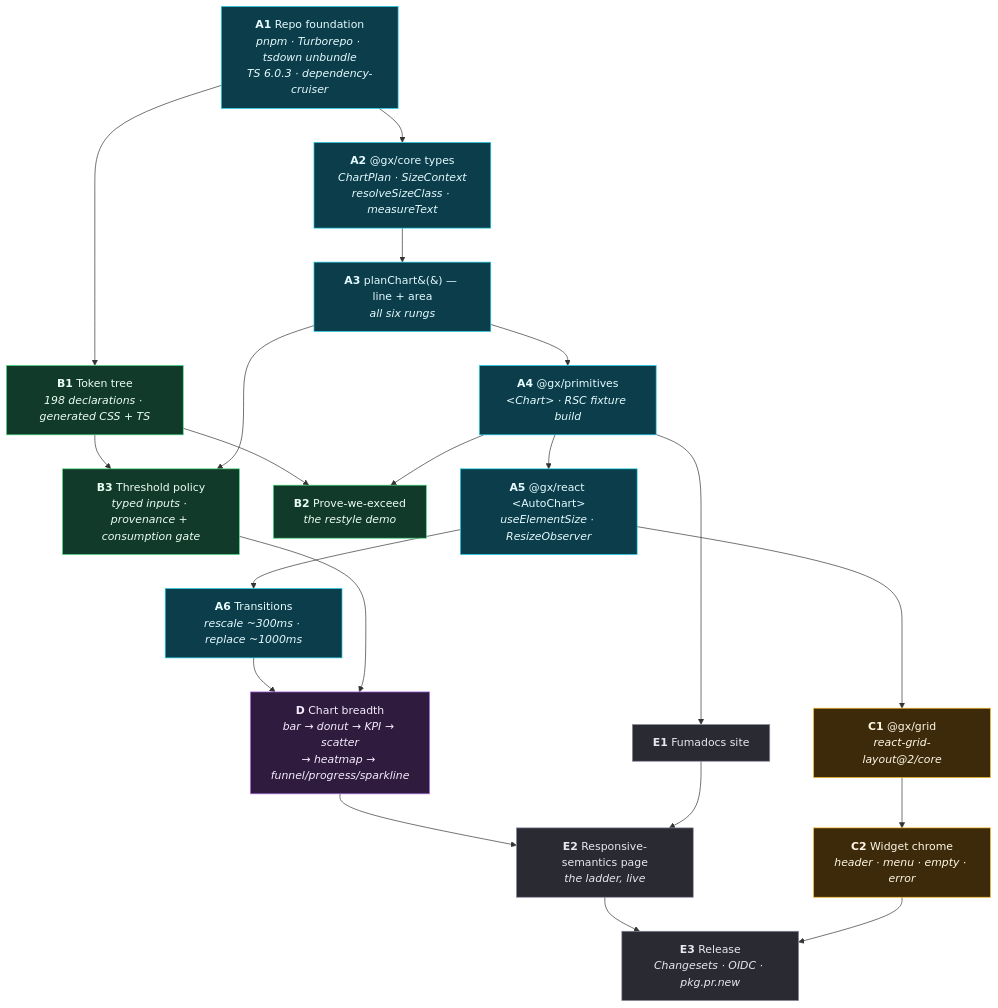
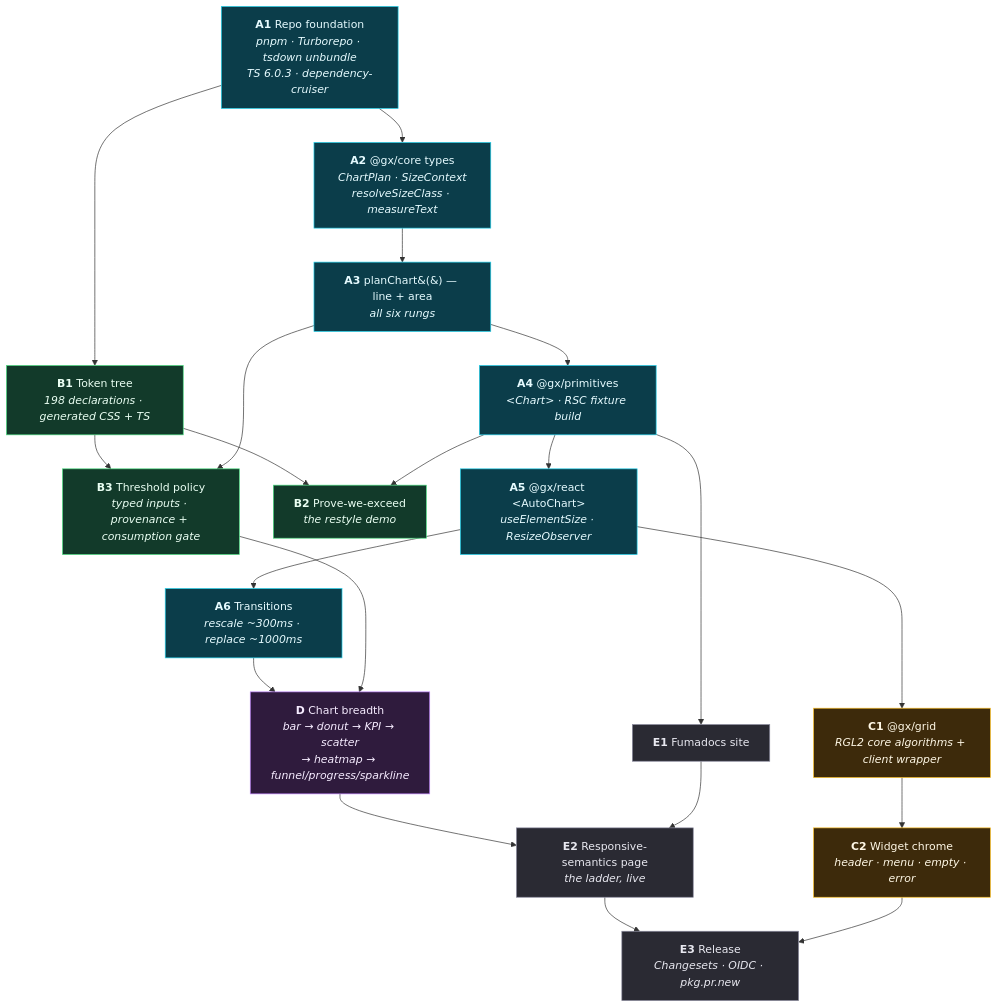
One commit to DeshpandeBoy/Defence-Charts changed the first of 3 diagrams in research/maps/02-implementation-flow.md. Above: the diagram before and after it, drawn with Mermaid. The commit also changed 20 other files, not shown here.

````diff
--- a/research/maps/02-implementation-flow.md
+++ b/research/maps/02-implementation-flow.md
@@ -10,45 +10,45 @@
 ```mermaid
 flowchart TD
     A1["<b>A1</b> Repo foundation<br/><i>pnpm · Turborepo · tsdown unbundle<br/>TS 6.0.3 · dependency-cruiser</i>"]
     A2["<b>A2</b> @gx/core types<br/><i>ChartPlan · SizeContext<br/>resolveSizeClass · measureText</i>"]
     A3["<b>A3</b> planChart&#40;&#41; — line + area<br/><i>all six rungs</i>"]
     A4["<b>A4</b> @gx/primitives<br/><i>&lt;Chart&gt; · RSC fixture build</i>"]
     A5["<b>A5</b> @gx/react &lt;AutoChart&gt;<br/><i>useElementSize · ResizeObserver</i>"]
     A6["<b>A6</b> Transitions<br/><i>rescale ~300ms · replace ~1000ms</i>"]
 
     B1["<b>B1</b> Token tree<br/><i>198 declarations · generated CSS + TS</i>"]
     B2["<b>B2</b> Prove-we-exceed<br/><i>the restyle demo</i>"]
     B3["<b>B3</b> Threshold policy<br/><i>typed inputs · provenance + consumption gate</i>"]
 
-    C1["<b>C1</b> @gx/grid<br/><i>react-grid-layout@2/core</i>"]
+    C1["<b>C1</b> @gx/grid<br/><i>RGL2 core algorithms + client wrapper</i>"]
     C2["<b>C2</b> Widget chrome<br/><i>header · menu · empty · error</i>"]
 
     D["<b>D</b> Chart breadth<br/><i>bar → donut → KPI → scatter<br/>→ heatmap → funnel/progress/sparkline</i>"]
 
     E1["<b>E1</b> Fumadocs site"]
     E2["<b>E2</b> Responsive-semantics page<br/><i>the ladder, live</i>"]
     E3["<b>E3</b> Release<br/><i>Changesets · OIDC · pkg.pr.new</i>"]
 
     A1 --> A2 --> A3 --> A4 --> A5 --> A6
     A1 --> B1 --> B3
     B1 --> B2
     A4 --> B2
     A3 --> B3
     A5 --> C1 --> C2
     A6 --> D
     B3 --> D
     D --> E2
     A4 --> E1 --> E2 --> E3
     C2 --> E3
 
     classDef a fill:#0b3d4a,stroke:#22d3ee,color:#e6fbff
     classDef b fill:#123a2a,stroke:#4ade80,color:#eafff3
     classDef c fill:#3d2a0b,stroke:#fbbf24,color:#fff8e6
     classDef d fill:#2f1b3d,stroke:#c084fc,color:#f6ecff
     classDef e fill:#2a2a33,stroke:#8b8b9e,color:#e8e8f0
     class A1,A2,A3,A4,A5,A6 a
     class B1,B2,B3 b
     class C1,C2 c
     class D d
     class E1,E2,E3 e
 ```
````
